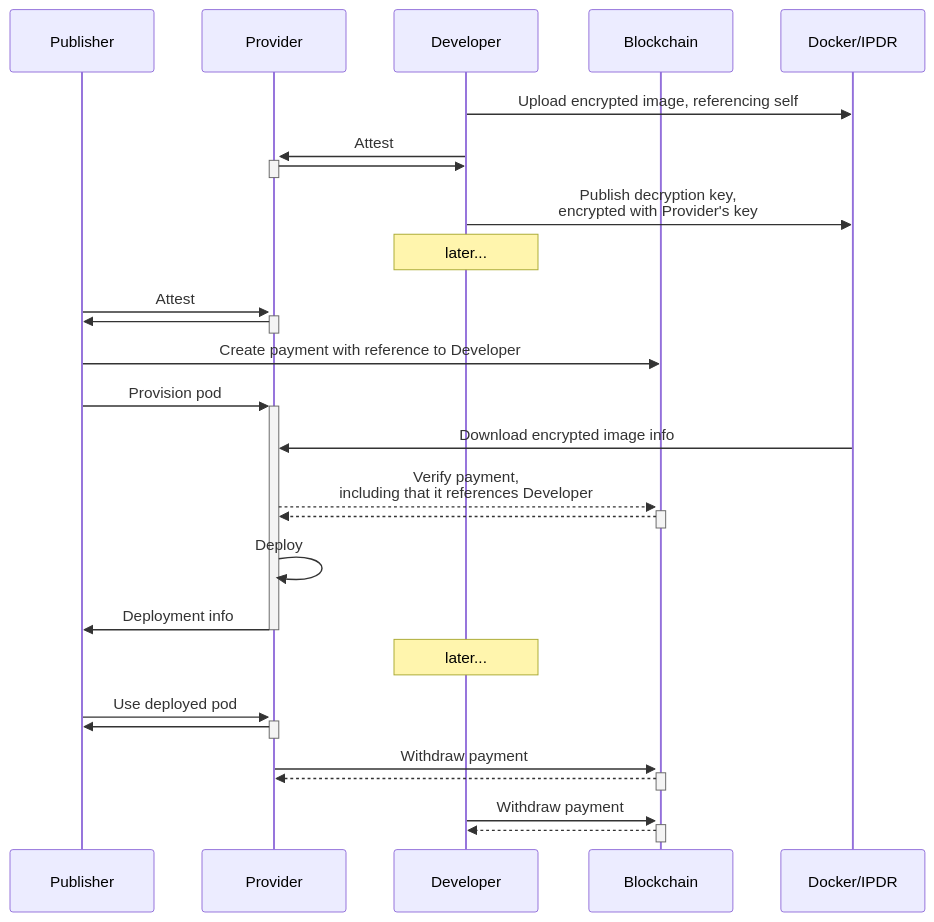
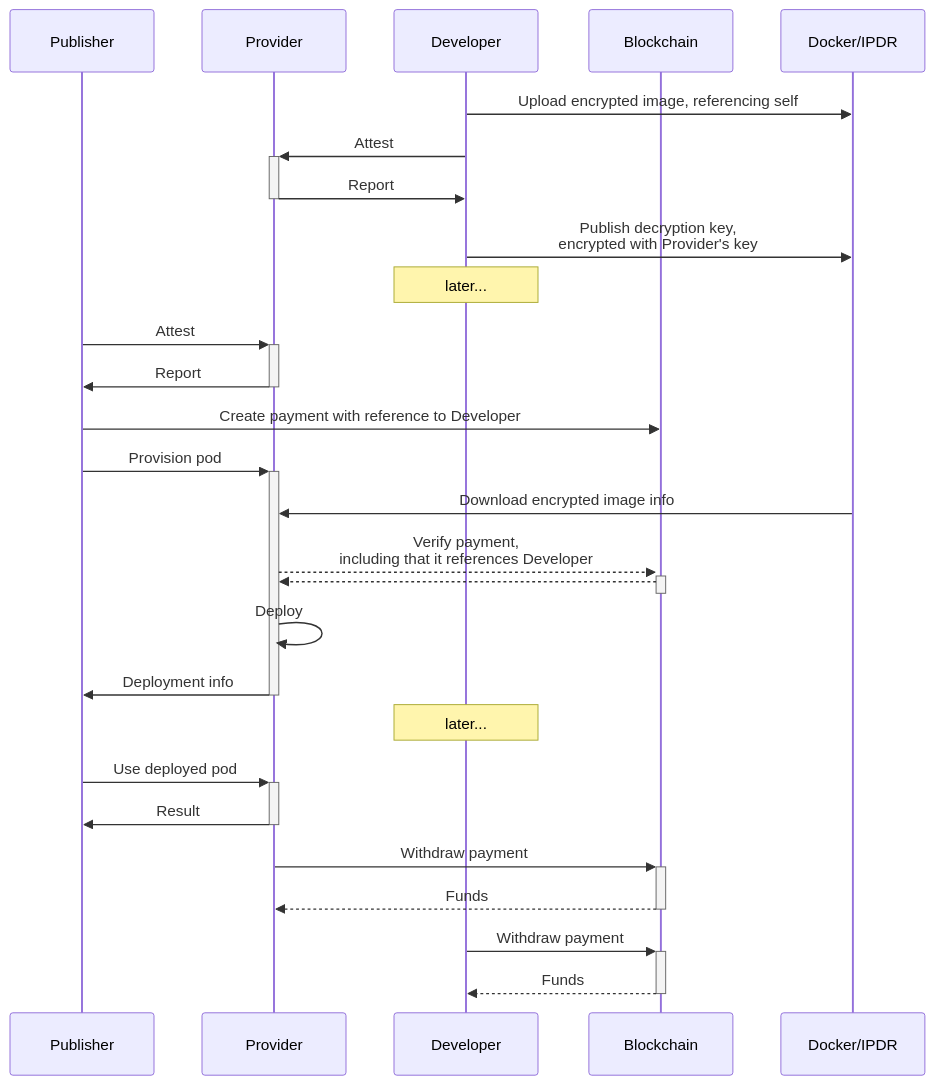
One commit to comrade-coop/apocryph changed the diagram in spec/MARKETPLACE.md. Above: the diagram before and after it, drawn with Mermaid. The commit also changed 4 other files, not shown here.

Commit message:
feat: add mermaid support and github link

````diff
--- a/spec/MARKETPLACE.md
+++ b/spec/MARKETPLACE.md
@@ -21,29 +21,29 @@
 ```mermaid
 sequenceDiagram
     participant Publisher
     participant Provider
     participant Developer
     participant Blockchain
     participant Docker/IPDR
     Developer->>Docker/IPDR: Upload encrypted image, referencing self
     Developer->>+Provider: Attest
-    Provider->>-Developer: 
+    Provider->>-Developer: Report
     Developer->>Docker/IPDR: Publish decryption key,<br/>encrypted with Provider's key
     note over Developer: later...
     Publisher->>+Provider: Attest
-    Provider->>-Publisher: 
+    Provider->>-Publisher: Report
     Publisher->>Blockchain: Create payment with reference to Developer
     Publisher->>+Provider: Provision pod
     Docker/IPDR->>Provider: Download encrypted image info
     Provider-->>+Blockchain: Verify payment,<br/>including that it references Developer
     Blockchain-->>-Provider: 
     Provider->>Provider: Deploy
     Provider->>-Publisher: Deployment info
     note over Developer: later...
     Publisher->>+Provider: Use deployed pod
-    Provider->>-Publisher: 
+    Provider->>-Publisher: Result
     Provider->>+Blockchain: Withdraw payment
-    Blockchain-->>-Provider: 
+    Blockchain-->>-Provider: Funds
     Developer->>+Blockchain: Withdraw payment
-    Blockchain-->>-Developer: 
+    Blockchain-->>-Developer: Funds
 ```
````
